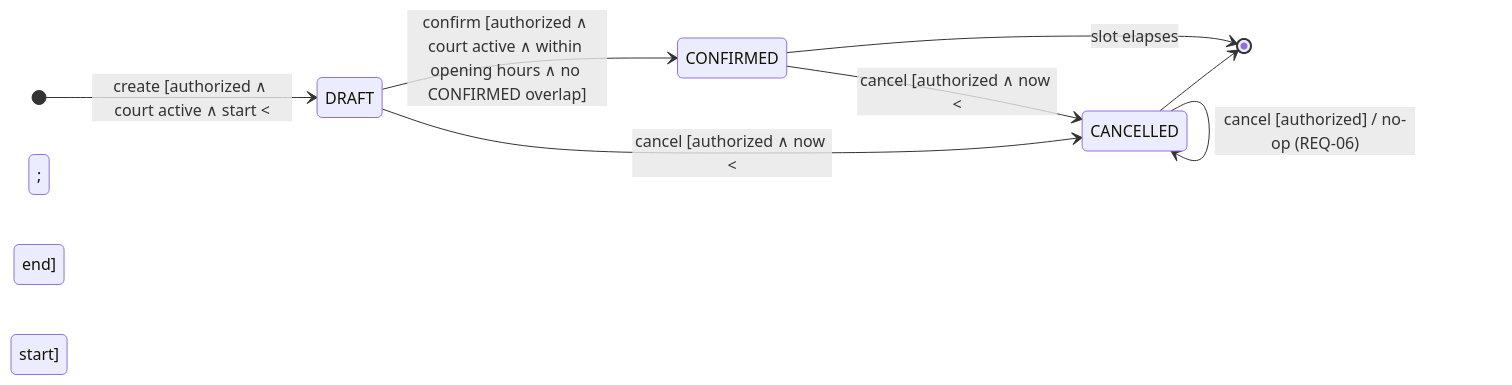
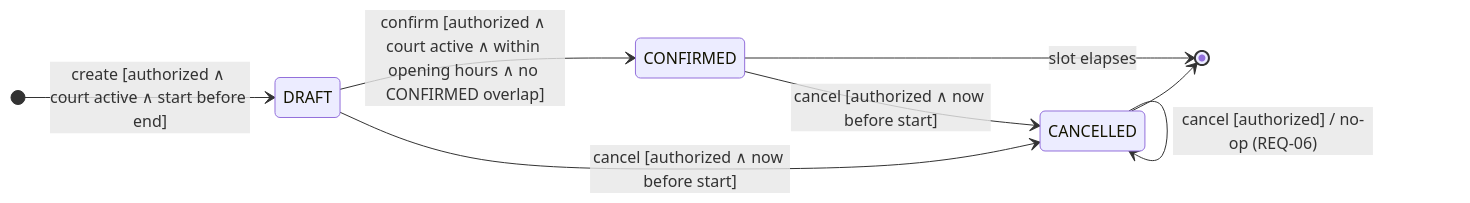
The second of 6 diagrams in docs/c02-baseline-v0.1.md (tewyss/Reservation-System-SWI), drawn with Mermaid before and after one commit. The commit also changed 2 other files, not shown here.

Commit message:
C02 docs: make statechart labels renderer-safe and refresh the v0.2 run log
HTML entities are unreliable inside mermaid stateDiagram-v2 transition labels,
so the guards now read "now before start" / "now at or after deadline" instead
of escaped comparison operators. The flowchart labels keep the entities, which
do render there.

````diff
--- a/docs/c02-baseline-v0.1.md
+++ b/docs/c02-baseline-v0.1.md
@@ -565,13 +565,13 @@
 ```mermaid
 stateDiagram-v2
   direction LR
-  [*] --> DRAFT : create [authorized ∧ court active ∧ start &lt; end]
+  [*] --> DRAFT : create [authorized ∧ court active ∧ start before end]
 
   DRAFT --> CONFIRMED : confirm [authorized ∧ court active ∧ within opening hours ∧ no CONFIRMED overlap]
-  DRAFT --> CANCELLED : cancel [authorized ∧ now &lt; start]
-  CONFIRMED --> CANCELLED : cancel [authorized ∧ now &lt; start]
+  DRAFT --> CANCELLED : cancel [authorized ∧ now before start]
+  CONFIRMED --> CANCELLED : cancel [authorized ∧ now before start]
   CANCELLED --> CANCELLED : cancel [authorized] / no-op (REQ-06)
 
   CANCELLED --> [*]
   CONFIRMED --> [*] : slot elapses
 ```
````
